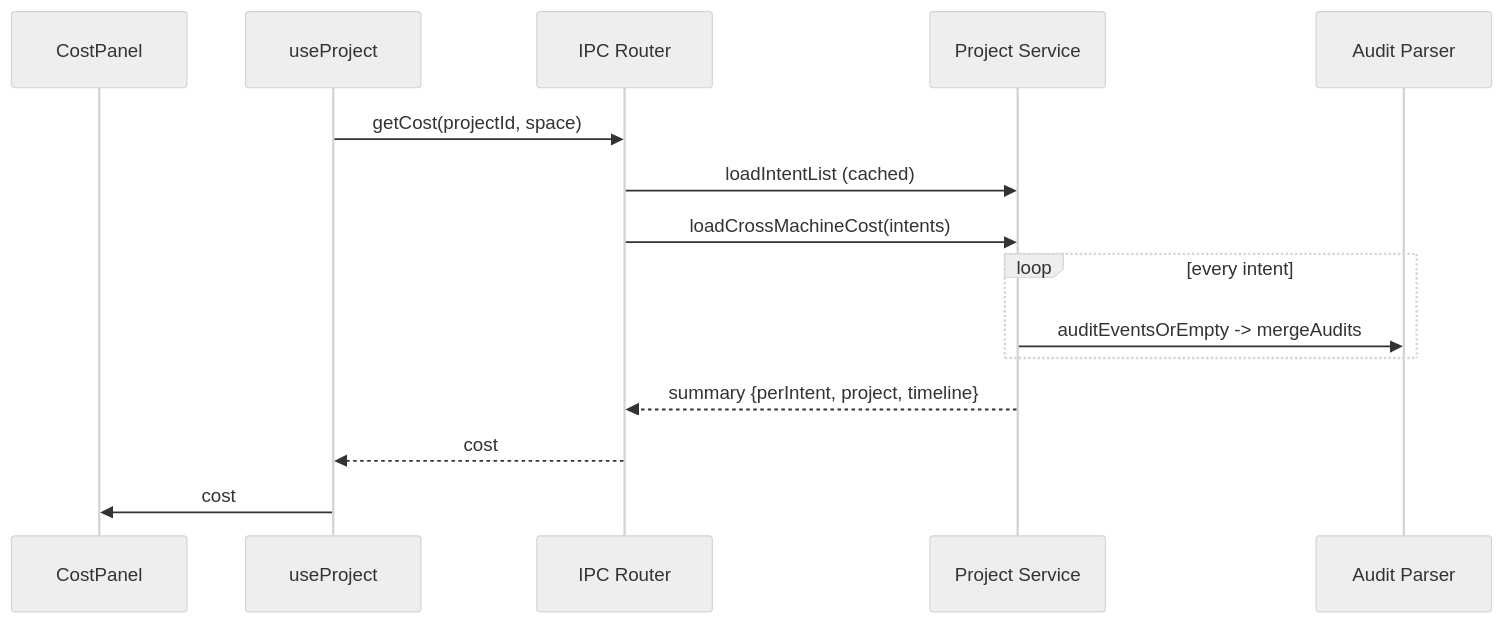
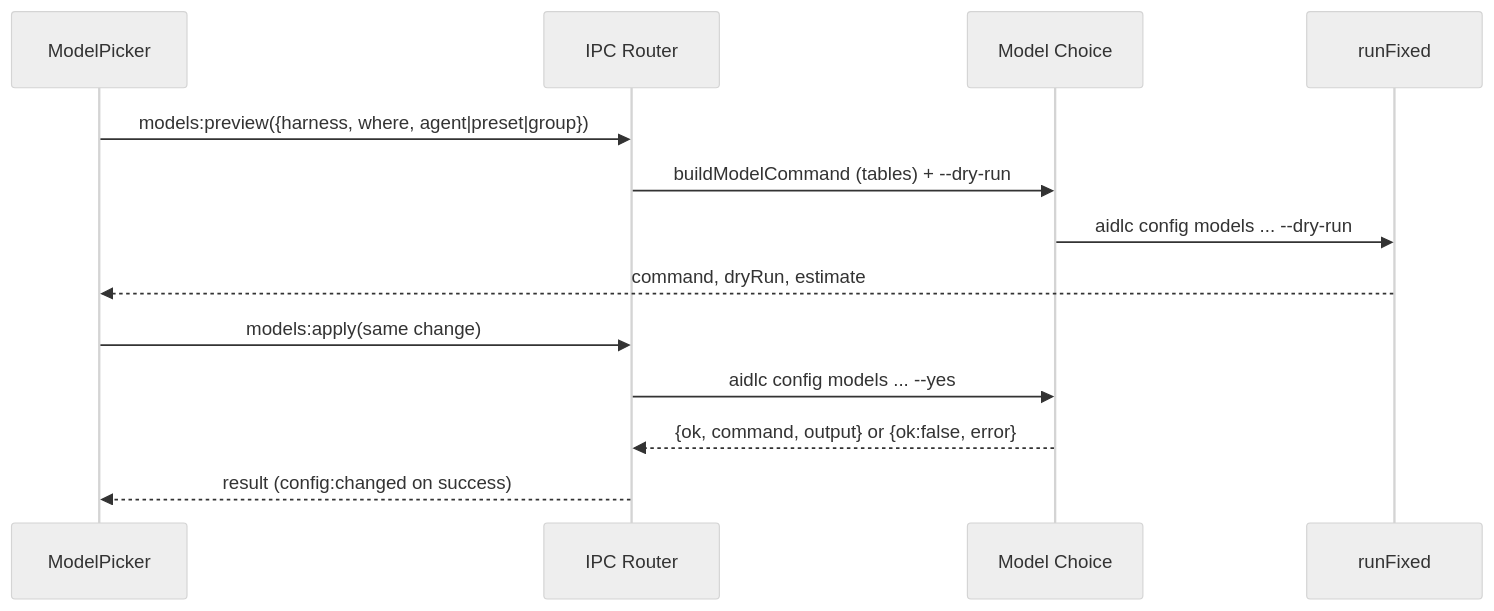
Before and after one commit to tochman/ai-dlc-thadeus: the third of 4 diagrams in aidlc/spaces/default/codekb/aidlc-dash/architecture.md, drawn with Mermaid (neutral theme). The commit also changed other lines of this file and 54 other files, not shown here.

First line of the commit message:
feat(US-0210): ask to switch model profile for critical intents (#66)

````diff
--- a/aidlc/spaces/default/codekb/aidlc-dash/architecture.md
+++ b/aidlc/spaces/default/codekb/aidlc-dash/architecture.md
@@ -119,17 +139,15 @@
 ```mermaid
 sequenceDiagram
-  participant CP as CostPanel
-  participant UP as useProject
+  participant MP as ModelPicker
   participant IPC as IPC Router
-  participant PS as Project Service
-  participant AU as Audit Parser
-  UP->>IPC: getCost(projectId, space)
-  IPC->>PS: loadIntentList (cached)
-  IPC->>PS: loadCrossMachineCost(intents)
-  loop every intent
-    PS->>AU: auditEventsOrEmpty -> mergeAudits
-  end
-  PS-->>IPC: summary {perIntent, project, timeline}
-  IPC-->>UP: cost
-  UP->>CP: cost
+  participant MC as Model Choice
+  participant EX as runFixed
+  MP->>IPC: models:preview({harness, where, agent|preset|group})
+  IPC->>MC: buildModelCommand (tables) + --dry-run
+  MC->>EX: aidlc config models ... --dry-run
+  EX-->>MP: command, dryRun, estimate
+  MP->>IPC: models:apply(same change)
+  IPC->>MC: aidlc config models ... --yes
+  MC-->>IPC: {ok, command, output} or {ok:false, error}
+  IPC-->>MP: result (config:changed on success)
 ```
````
